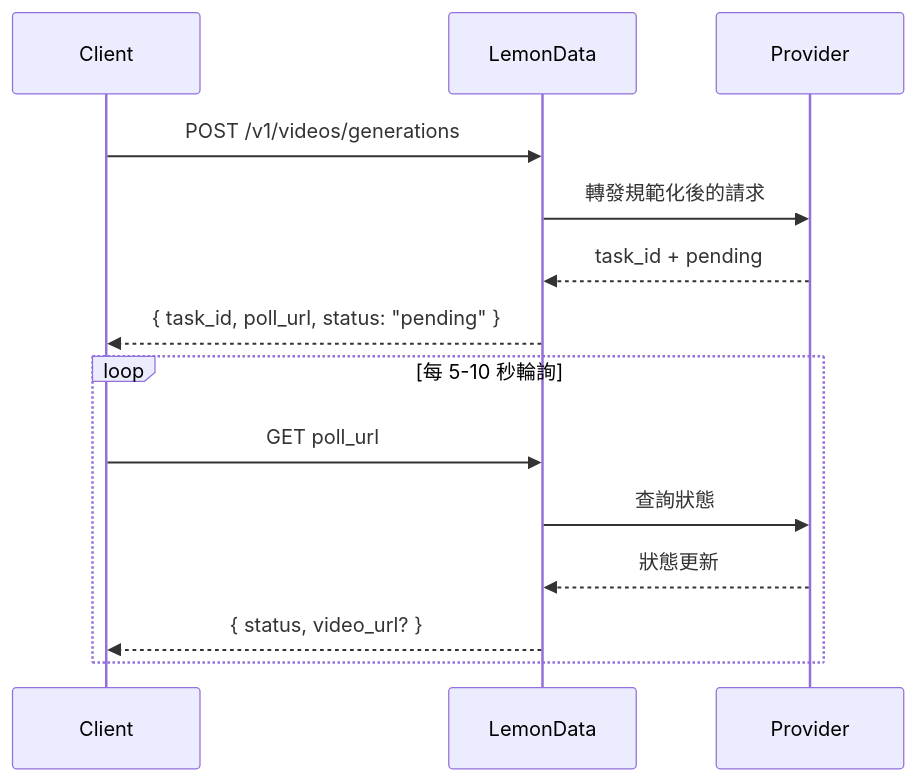
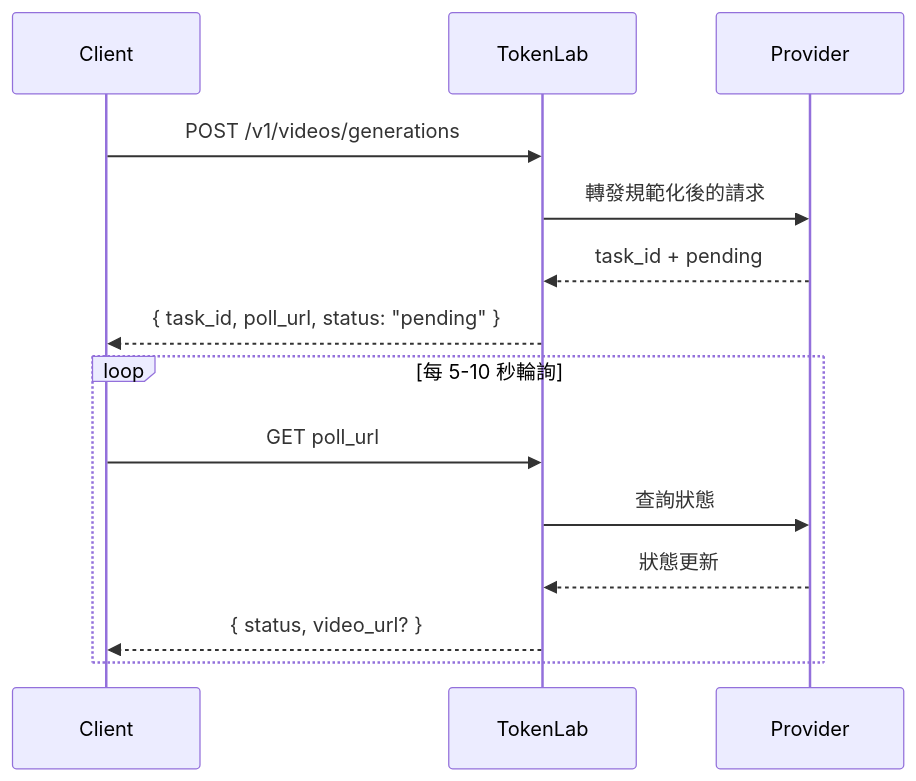
The diagram in zh-Hant/guides/video-generation.mdx (hedging8563/lemondata-docs), drawn with Mermaid before and after one commit. The commit also changed other lines of this file and 858 other files, not shown here.

````diff
--- a/zh-Hant/guides/video-generation.mdx
+++ b/zh-Hant/guides/video-generation.mdx
@@ -24,18 +24,18 @@
 ```mermaid
 sequenceDiagram
     participant Client
-    participant LemonData
+    participant TokenLab
     participant Provider
 
-    Client->>LemonData: POST /v1/videos/generations
-    LemonData->>Provider: 轉發規範化後的請求
-    Provider-->>LemonData: task_id + pending
-    LemonData-->>Client: { task_id, poll_url, status: "pending" }
+    Client->>TokenLab: POST /v1/videos/generations
+    TokenLab->>Provider: 轉發規範化後的請求
+    Provider-->>TokenLab: task_id + pending
+    TokenLab-->>Client: { task_id, poll_url, status: "pending" }
 
     loop 每 5-10 秒輪詢
-        Client->>LemonData: GET poll_url
-        LemonData->>Provider: 查詢狀態
-        Provider-->>LemonData: 狀態更新
-        LemonData-->>Client: { status, video_url? }
+        Client->>TokenLab: GET poll_url
+        TokenLab->>Provider: 查詢狀態
+        Provider-->>TokenLab: 狀態更新
+        TokenLab-->>Client: { status, video_url? }
     end
 ```
````
